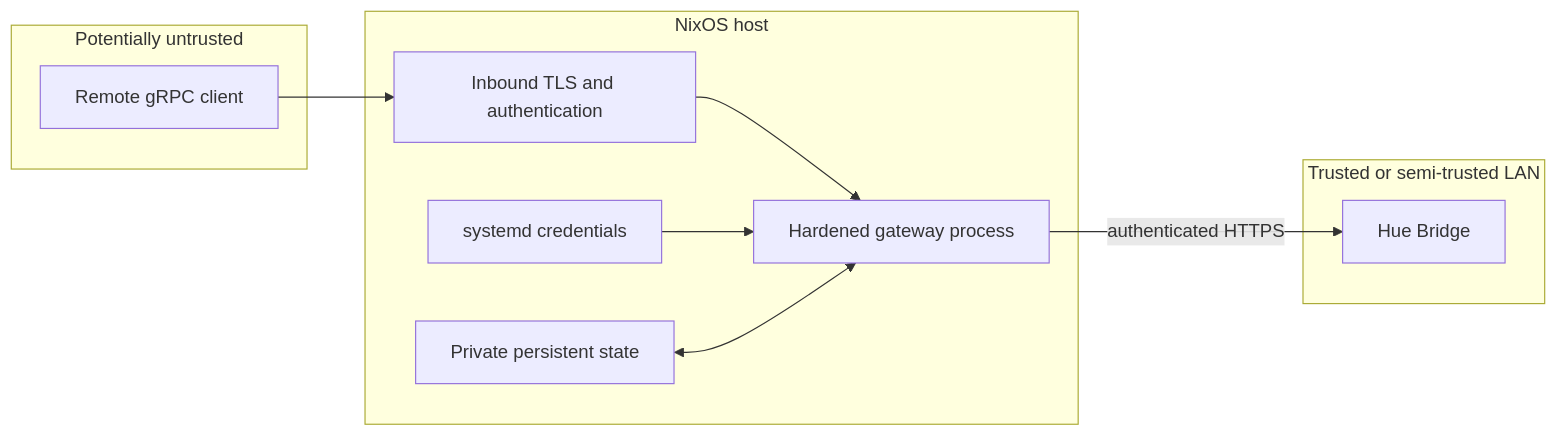
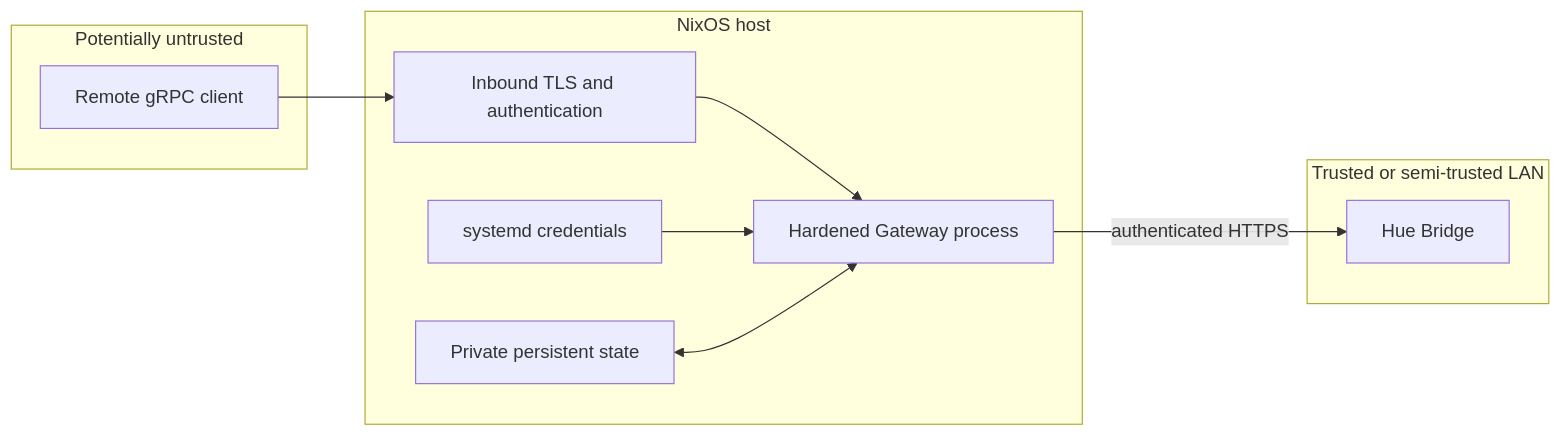
Before and after one commit to malamoney/hue: the fifth of 9 diagrams in philips-hue-grpc-nixos-plan.md, drawn with Mermaid. The commit also changed other lines of this file, not shown here.

````diff
--- a/philips-hue-grpc-nixos-plan.md
+++ b/philips-hue-grpc-nixos-plan.md
@@ -534,22 +422,22 @@
 ```mermaid
 flowchart LR
     subgraph Untrusted[Potentially untrusted]
         RC[Remote gRPC client]
     end
 
     subgraph Host[NixOS host]
         TLS[Inbound TLS and authentication]
-        GW[Hardened gateway process]
+        GW[Hardened Gateway process]
         CRED[systemd credentials]
         STATE[Private persistent state]
     end
 
     subgraph LAN[Trusted or semi-trusted LAN]
         HB[Hue Bridge]
     end
 
     RC --> TLS --> GW
     CRED --> GW
     STATE <--> GW
     GW -- authenticated HTTPS --> HB
 ```
````
